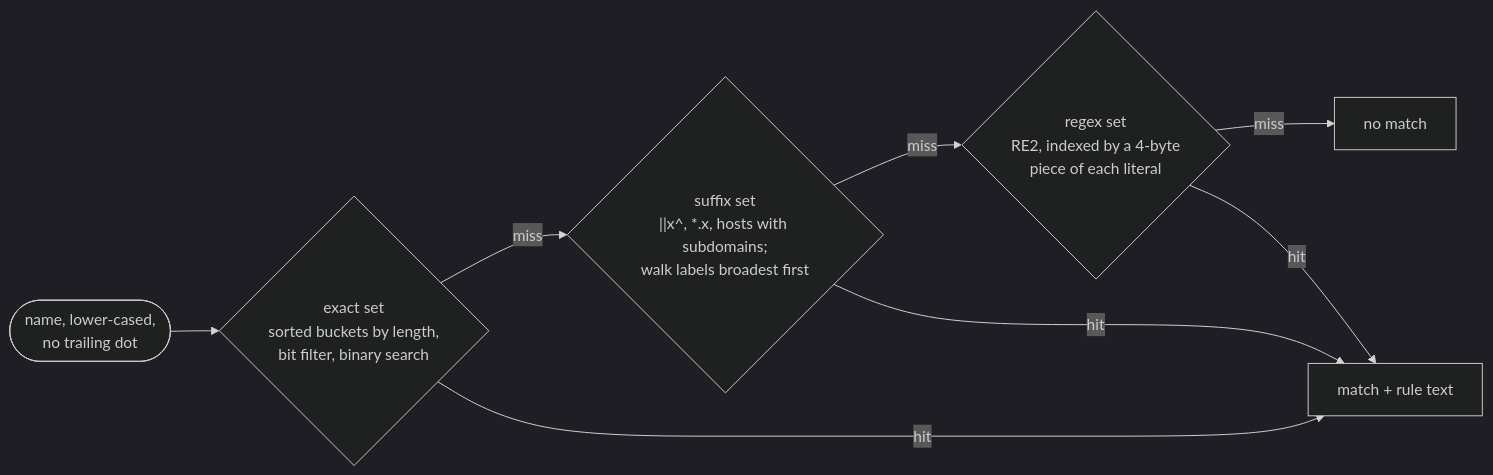
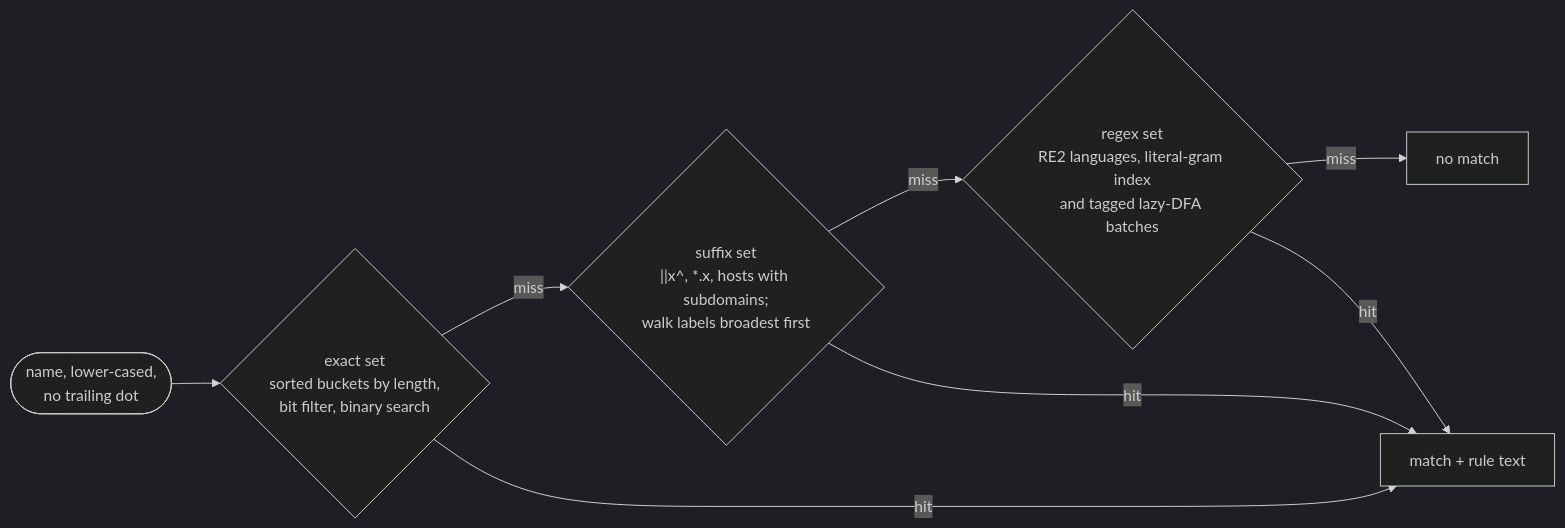
The fourth of 7 diagrams in docs/architecture/block-lists.md (robertherbaugh/kudurru), drawn with Mermaid (dark theme) before and after one commit. The commit also changed other lines of this file and 26 other files, not shown here.

Commit message:
feat(blocking): integrate bounded tagged regex execution

````diff
--- a/docs/architecture/block-lists.md
+++ b/docs/architecture/block-lists.md
@@ -187,10 +187,10 @@
 ```mermaid
 flowchart LR
     N(["name, lower-cased,<br/>no trailing dot"]) --> E{"exact set<br/>sorted buckets by length,<br/>bit filter, binary search"}
     E -- "miss" --> S{"suffix set<br/>||x^, *.x, hosts with subdomains;<br/>walk labels broadest first"}
-    S -- "miss" --> RX{"regex set<br/>RE2, indexed by a 4-byte<br/>piece of each literal"}
+    S -- "miss" --> RX{"regex set<br/>RE2 languages, literal-gram index<br/>and tagged lazy-DFA batches"}
     RX -- "miss" --> M["no match"]
     E -- "hit" --> HIT["match + rule text"]
     S -- "hit" --> HIT
     RX -- "hit" --> HIT
 ```
````
